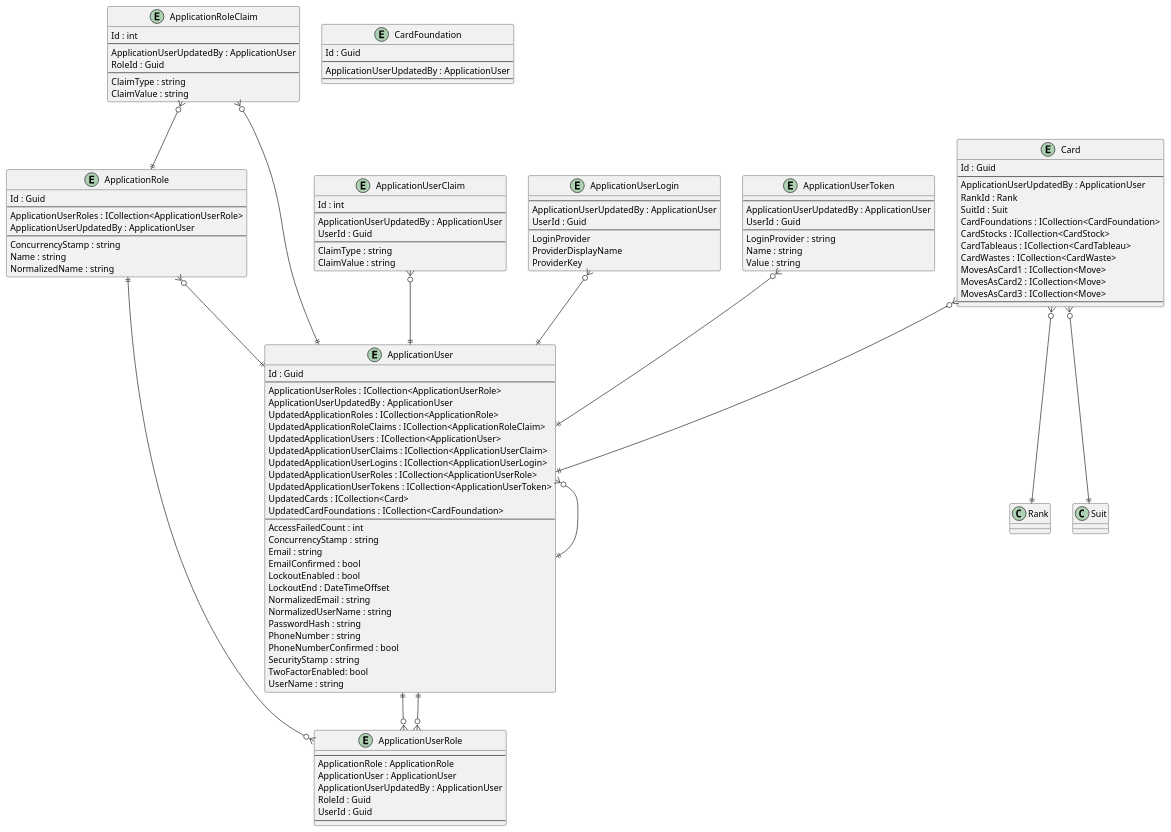
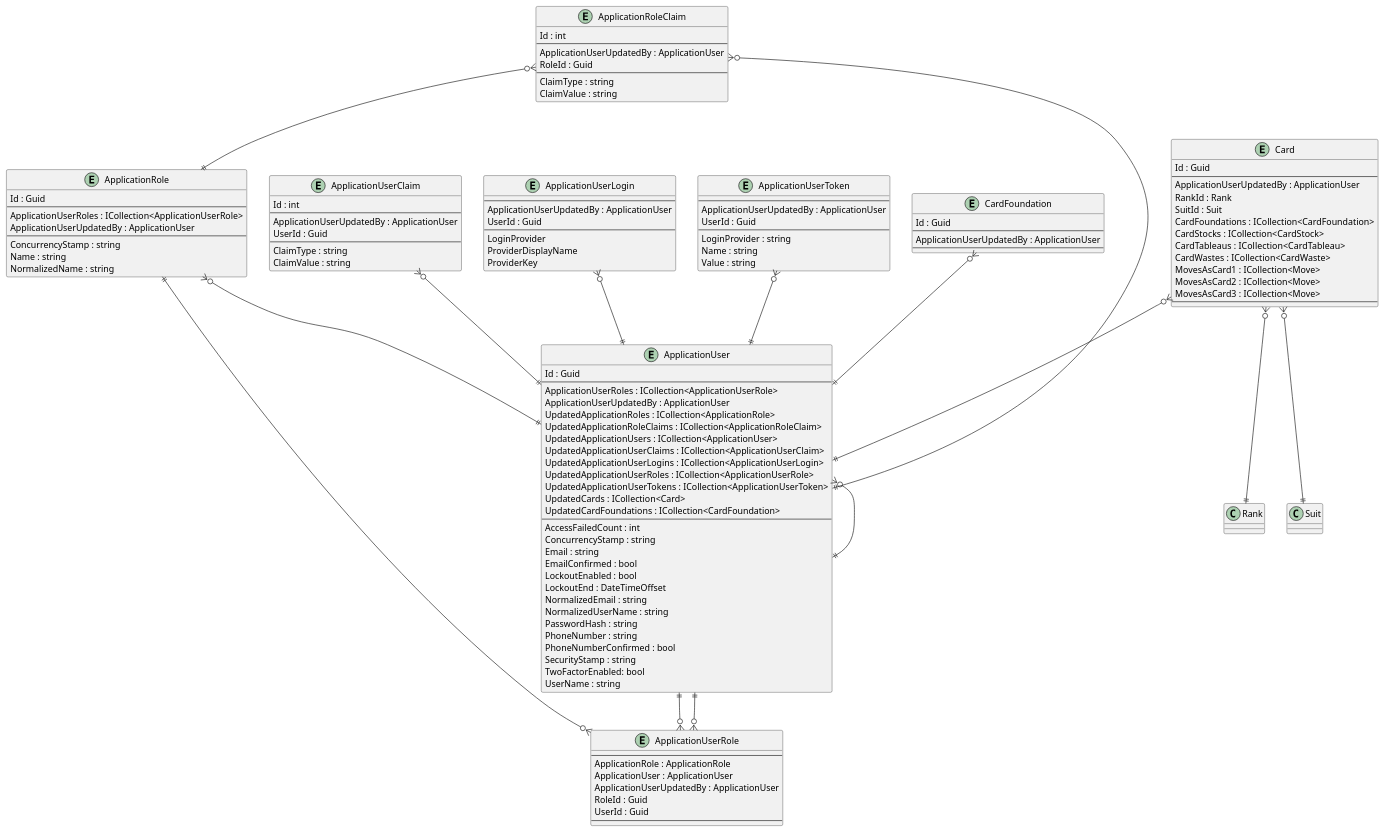
Before and after one commit to intrepion/intrepion_klondike-solitaire_csharp: the diagram in .docs/Intrepion.KlondikeSolitaire.pu, drawn with PlantUML.

```diff
--- a/.docs/Intrepion.KlondikeSolitaire.pu
+++ b/.docs/Intrepion.KlondikeSolitaire.pu
@@ -1,141 +1,142 @@
 @startuml
 
 entity ApplicationRole {
     Id : Guid
     --
     ApplicationUserRoles : ICollection<ApplicationUserRole>
     ApplicationUserUpdatedBy : ApplicationUser
     --
     ConcurrencyStamp : string
     Name : string
     NormalizedName : string
 }
 
 entity ApplicationRoleClaim {
     Id : int
     --
     ApplicationUserUpdatedBy : ApplicationUser
     RoleId : Guid
     --
     ClaimType : string
     ClaimValue : string
 }
 
 entity ApplicationUser {
     Id : Guid
     --
     ApplicationUserRoles : ICollection<ApplicationUserRole>
     ApplicationUserUpdatedBy : ApplicationUser
     UpdatedApplicationRoles : ICollection<ApplicationRole>
     UpdatedApplicationRoleClaims : ICollection<ApplicationRoleClaim>
     UpdatedApplicationUsers : ICollection<ApplicationUser>
     UpdatedApplicationUserClaims : ICollection<ApplicationUserClaim>
     UpdatedApplicationUserLogins : ICollection<ApplicationUserLogin>
     UpdatedApplicationUserRoles : ICollection<ApplicationUserRole>
     UpdatedApplicationUserTokens : ICollection<ApplicationUserToken>
     UpdatedCards : ICollection<Card>
     UpdatedCardFoundations : ICollection<CardFoundation>
     ' ApplicationUserKeyCodePlaceholder
     --
     AccessFailedCount : int
     ConcurrencyStamp : string
     Email : string
     EmailConfirmed : bool
     LockoutEnabled : bool
     LockoutEnd : DateTimeOffset
     NormalizedEmail : string
     NormalizedUserName : string
     PasswordHash : string
     PhoneNumber : string
     PhoneNumberConfirmed : bool
     SecurityStamp : string
     TwoFactorEnabled: bool
     UserName : string
 }
 
 entity ApplicationUserClaim {
     Id : int
     --
     ApplicationUserUpdatedBy : ApplicationUser
     UserId : Guid
     --
     ClaimType : string
     ClaimValue : string
 }
 
 entity ApplicationUserLogin {
     --
     ApplicationUserUpdatedBy : ApplicationUser
     UserId : Guid
     --
     LoginProvider
     ProviderDisplayName
     ProviderKey
 }
 
 entity ApplicationUserRole {
     --
     ApplicationRole : ApplicationRole
     ApplicationUser : ApplicationUser
     ApplicationUserUpdatedBy : ApplicationUser
     RoleId : Guid
     UserId : Guid
     --
 }
 
 entity ApplicationUserToken {
     --
     ApplicationUserUpdatedBy : ApplicationUser
     UserId : Guid
     --
     LoginProvider : string
     Name : string
     Value : string
 }
 
 entity Card {
     Id : Guid
     --
     ApplicationUserUpdatedBy : ApplicationUser
     RankId : Rank
     SuitId : Suit
     CardFoundations : ICollection<CardFoundation>
     CardStocks : ICollection<CardStock>
     CardTableaus : ICollection<CardTableau>
     CardWastes : ICollection<CardWaste>
     MovesAsCard1 : ICollection<Move>
     MovesAsCard2 : ICollection<Move>
     MovesAsCard3 : ICollection<Move>
     ' CardKeyCodePlaceholder
     --
     ' CardPropertyCodePlaceholder
 }
 
 entity CardFoundation {
     Id : Guid
     --
     ApplicationUserUpdatedBy : ApplicationUser
     ' CardFoundationKeyCodePlaceholder
     --
     ' CardFoundationPropertyCodePlaceholder
 }
 
 ' EntityCodePlaceholder
 
 ApplicationRole ||--o{ ApplicationUserRole
 ApplicationRole }o--|| ApplicationUser
 ApplicationRoleClaim }o--|| ApplicationRole
 ApplicationRoleClaim }o--|| ApplicationUser
 ApplicationUser }o--|| ApplicationUser
 ApplicationUser ||--o{ ApplicationUserRole
 ApplicationUserClaim }o--|| ApplicationUser
 ApplicationUserLogin }o--|| ApplicationUser
 ApplicationUserRole }o--|| ApplicationUser
 ApplicationUserToken }o--|| ApplicationUser
 
 Card }o--|| ApplicationUser
 Card }o--|| Rank
 Card }o--|| Suit
+CardFoundation }o--|| ApplicationUser
 ' RelationshipCodePlaceholder
 
 @enduml
```
